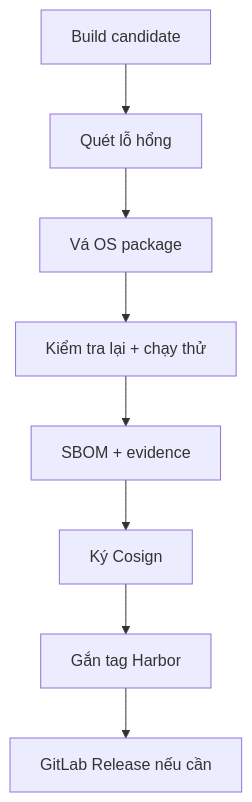
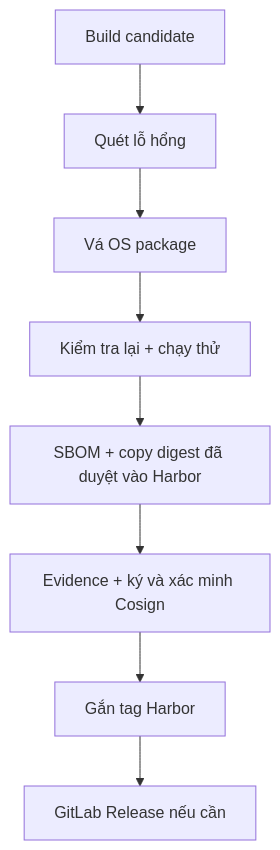
Before and after one commit to solution156/ci-core: the third of 4 diagrams in README.md, drawn with Mermaid. The commit also changed other lines of this file and 18 other files, not shown here.

````diff
--- a/README.md
+++ b/README.md
@@ -69,10 +70,10 @@
 ```mermaid
 flowchart TD
     A["Build candidate"] --> B["Quét lỗ hổng"]
     B --> C["Vá OS package"]
     C --> D["Kiểm tra lại + chạy thử"]
-    D --> E["SBOM + evidence"]
-    E --> F["Ký Cosign"]
+    D --> E["SBOM + copy digest đã duyệt vào Harbor"]
+    E --> F["Evidence + ký và xác minh Cosign"]
     F --> G["Gắn tag Harbor"]
     G --> H["GitLab Release nếu cần"]
 ```
````
